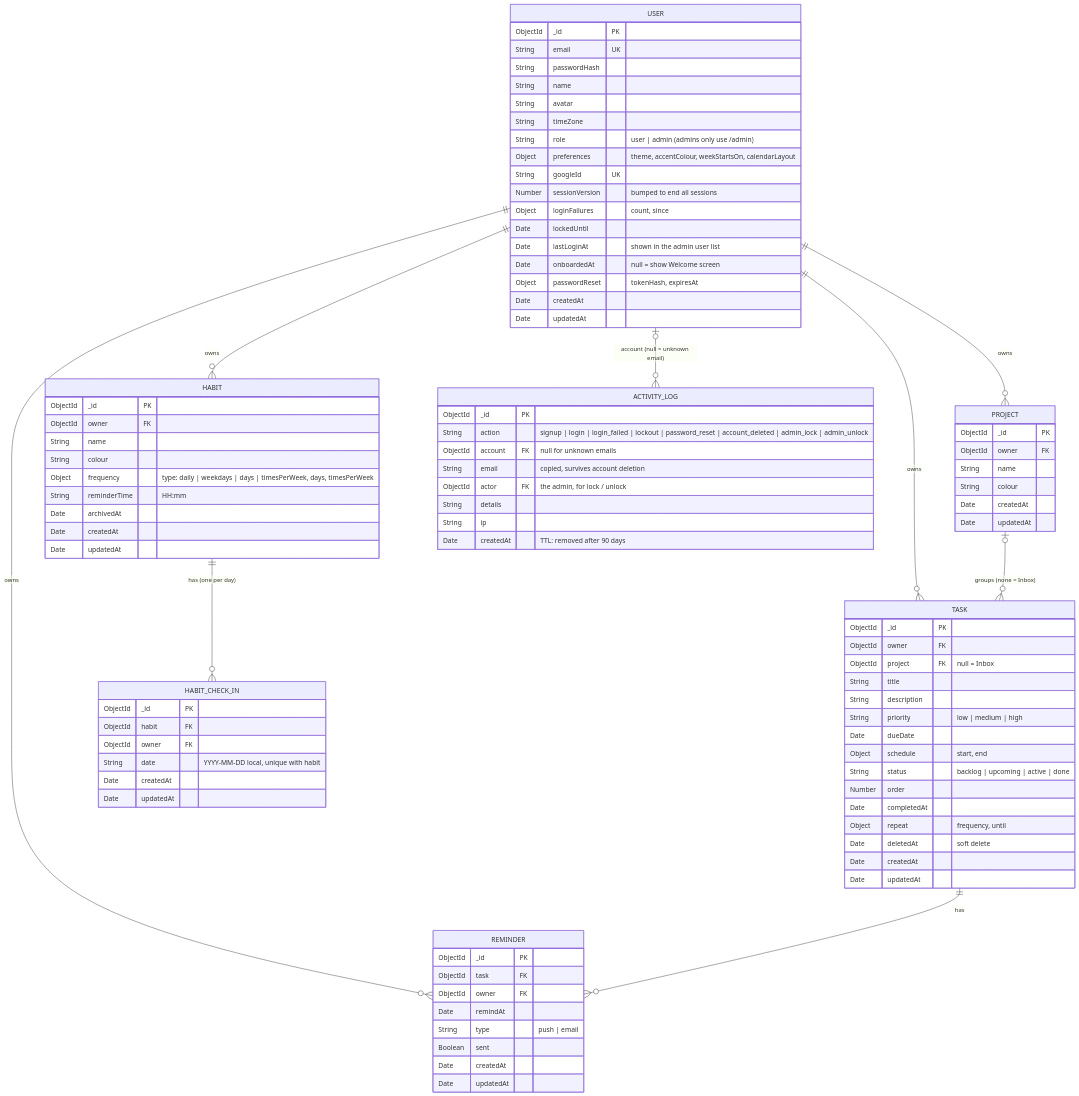
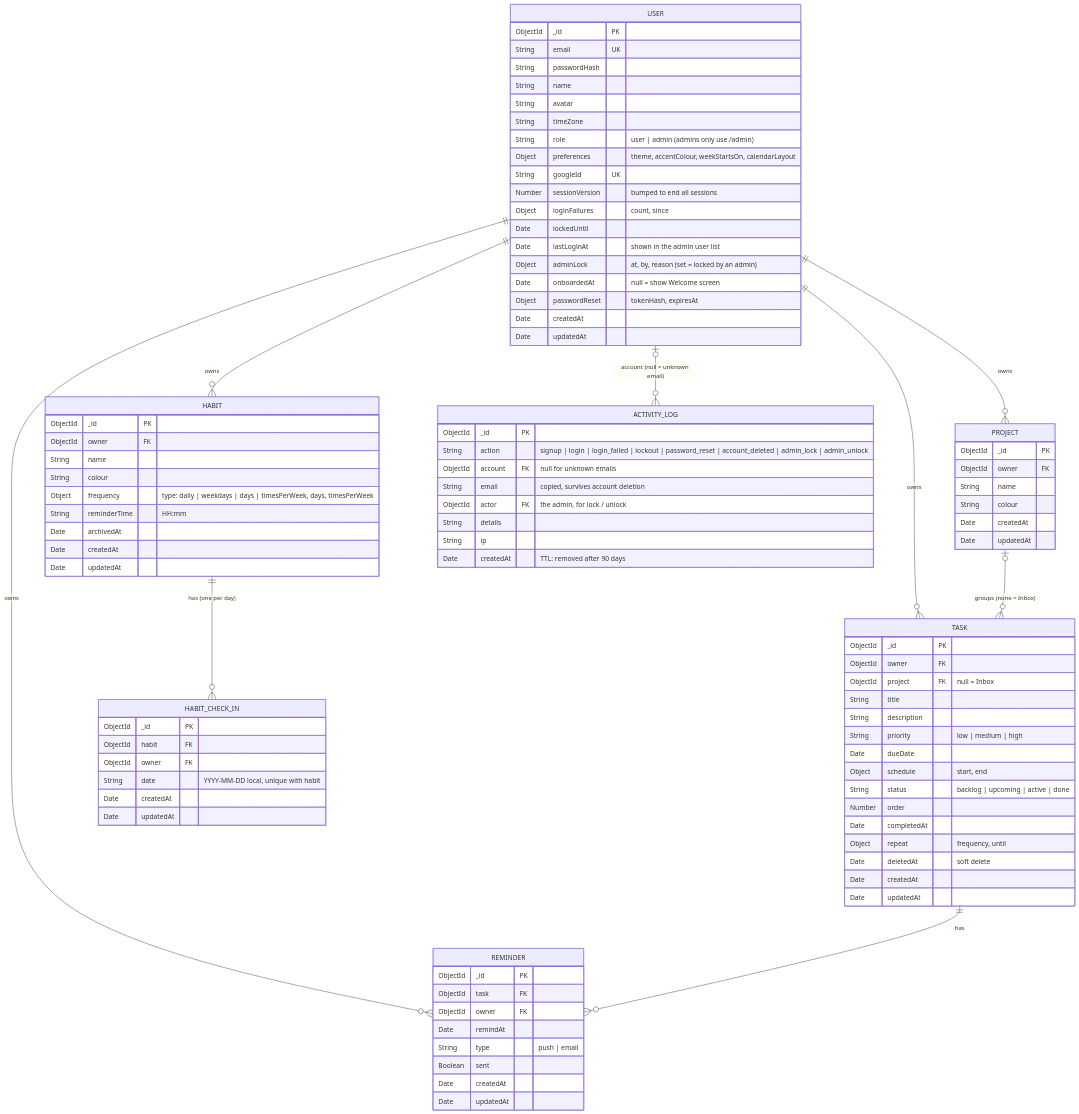
The diagram in docs/erd.mmd (khang-ngo4444/VCD_Agendal), drawn with Mermaid before and after one commit. The commit also changed 15 other files, not shown here.

```diff
--- a/docs/erd.mmd
+++ b/docs/erd.mmd
@@ -1,95 +1,96 @@
 %% Source for docs/erd.png. Re-render after editing:
 %% npx -y @mermaid-js/mermaid-cli -i docs/erd.mmd -o docs/erd.png -b white -s 2
 erDiagram
     USER ||--o{ PROJECT : owns
     USER ||--o{ TASK : owns
     USER ||--o{ REMINDER : owns
     PROJECT |o--o{ TASK : "groups (none = Inbox)"
     TASK ||--o{ REMINDER : has
     USER ||--o{ HABIT : owns
     HABIT ||--o{ HABIT_CHECK_IN : "has (one per day)"
     USER |o--o{ ACTIVITY_LOG : "account (null = unknown email)"
 
     USER {
         ObjectId _id PK
         String email UK
         String passwordHash
         String name
         String avatar
         String timeZone
         String role "user | admin (admins only use /admin)"
         Object preferences "theme, accentColour, weekStartsOn, calendarLayout"
         String googleId UK
         Number sessionVersion "bumped to end all sessions"
         Object loginFailures "count, since"
         Date lockedUntil
         Date lastLoginAt "shown in the admin user list"
+        Object adminLock "at, by, reason (set = locked by an admin)"
         Date onboardedAt "null = show Welcome screen"
         Object passwordReset "tokenHash, expiresAt"
         Date createdAt
         Date updatedAt
     }
     PROJECT {
         ObjectId _id PK
         ObjectId owner FK
         String name
         String colour
         Date createdAt
         Date updatedAt
     }
     TASK {
         ObjectId _id PK
         ObjectId owner FK
         ObjectId project FK "null = Inbox"
         String title
         String description
         String priority "low | medium | high"
         Date dueDate
         Object schedule "start, end"
         String status "backlog | upcoming | active | done"
         Number order
         Date completedAt
         Object repeat "frequency, until"
         Date deletedAt "soft delete"
         Date createdAt
         Date updatedAt
     }
     REMINDER {
         ObjectId _id PK
         ObjectId task FK
         ObjectId owner FK
         Date remindAt
         String type "push | email"
         Boolean sent
         Date createdAt
         Date updatedAt
     }
     HABIT {
         ObjectId _id PK
         ObjectId owner FK
         String name
         String colour
         Object frequency "type: daily | weekdays | days | timesPerWeek, days, timesPerWeek"
         String reminderTime "HH:mm"
         Date archivedAt
         Date createdAt
         Date updatedAt
     }
     HABIT_CHECK_IN {
         ObjectId _id PK
         ObjectId habit FK
         ObjectId owner FK
         String date "YYYY-MM-DD local, unique with habit"
         Date createdAt
         Date updatedAt
     }
     ACTIVITY_LOG {
         ObjectId _id PK
         String action "signup | login | login_failed | lockout | password_reset | account_deleted | admin_lock | admin_unlock"
         ObjectId account FK "null for unknown emails"
         String email "copied, survives account deletion"
         ObjectId actor FK "the admin, for lock / unlock"
         String details
         String ip
         Date createdAt "TTL: removed after 90 days"
     }
```
